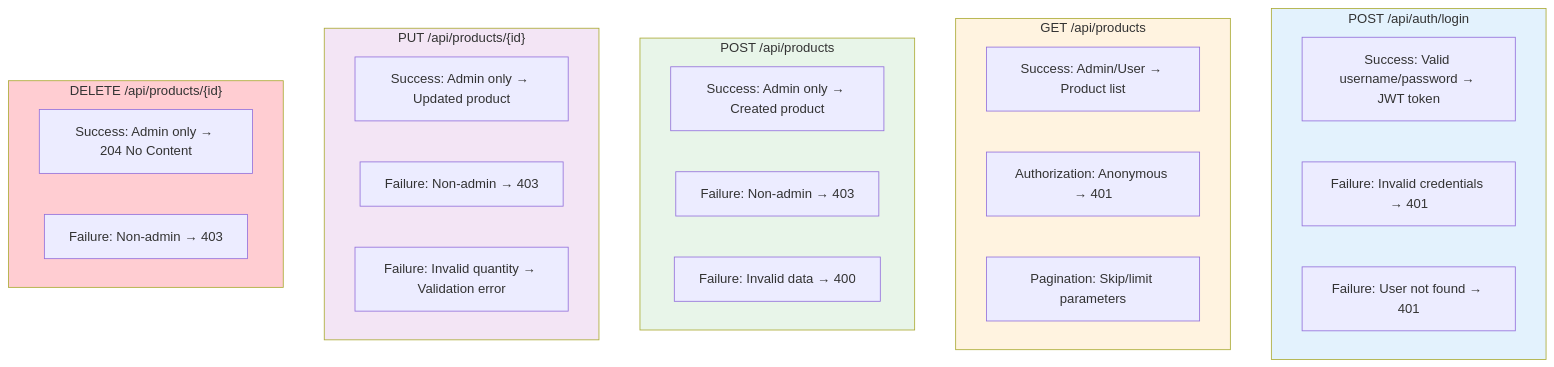
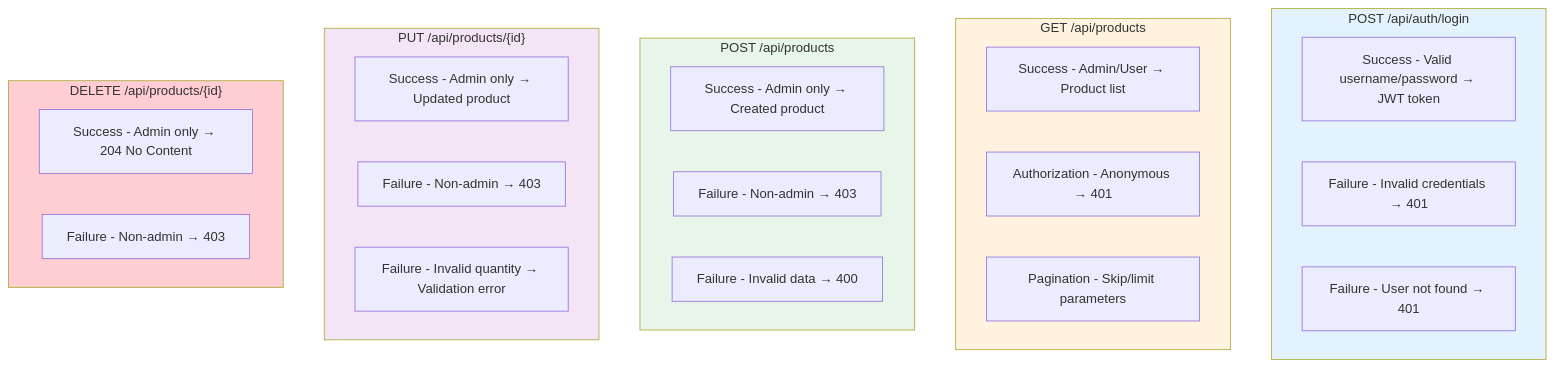
The diagram in docs/architecture/testing/strategy.md (Keglev/stockease), drawn with Mermaid before and after one commit. The commit also changed 8 other files, not shown here.

Commit message:
fix: Remove colons from mermaid node labels to fix rendering errors

````diff
--- a/docs/architecture/testing/strategy.md
+++ b/docs/architecture/testing/strategy.md
@@ -113,37 +113,37 @@
 ```mermaid
 graph TD
     subgraph Auth["POST /api/auth/login"]
-        A1[Success: Valid username/password → JWT token]
-        A2[Failure: Invalid credentials → 401]
-        A3[Failure: User not found → 401]
+        A1[Success - Valid username/password → JWT token]
+        A2[Failure - Invalid credentials → 401]
+        A3[Failure - User not found → 401]
     end
     
     subgraph Get["GET /api/products"]
-        G1[Success: Admin/User → Product list]
-        G2[Authorization: Anonymous → 401]
-        G3[Pagination: Skip/limit parameters]
+        G1[Success - Admin/User → Product list]
+        G2[Authorization - Anonymous → 401]
+        G3[Pagination - Skip/limit parameters]
     end
     
     subgraph Post["POST /api/products"]
-        P1[Success: Admin only → Created product]
-        P2[Failure: Non-admin → 403]
-        P3[Failure: Invalid data → 400]
+        P1[Success - Admin only → Created product]
+        P2[Failure - Non-admin → 403]
+        P3[Failure - Invalid data → 400]
     end
     
     subgraph Put["PUT /api/products/{id}"]
-        U1[Success: Admin only → Updated product]
-        U2[Failure: Non-admin → 403]
-        U3[Failure: Invalid quantity → Validation error]
+        U1[Success - Admin only → Updated product]
+        U2[Failure - Non-admin → 403]
+        U3[Failure - Invalid quantity → Validation error]
     end
     
     subgraph Delete["DELETE /api/products/{id}"]
-        D1[Success: Admin only → 204 No Content]
-        D2[Failure: Non-admin → 403]
+        D1[Success - Admin only → 204 No Content]
+        D2[Failure - Non-admin → 403]
     end
     
     style Auth fill:#e3f2fd
     style Get fill:#fff3e0
     style Post fill:#e8f5e9
     style Put fill:#f3e5f5
     style Delete fill:#ffcdd2
 ```
````
